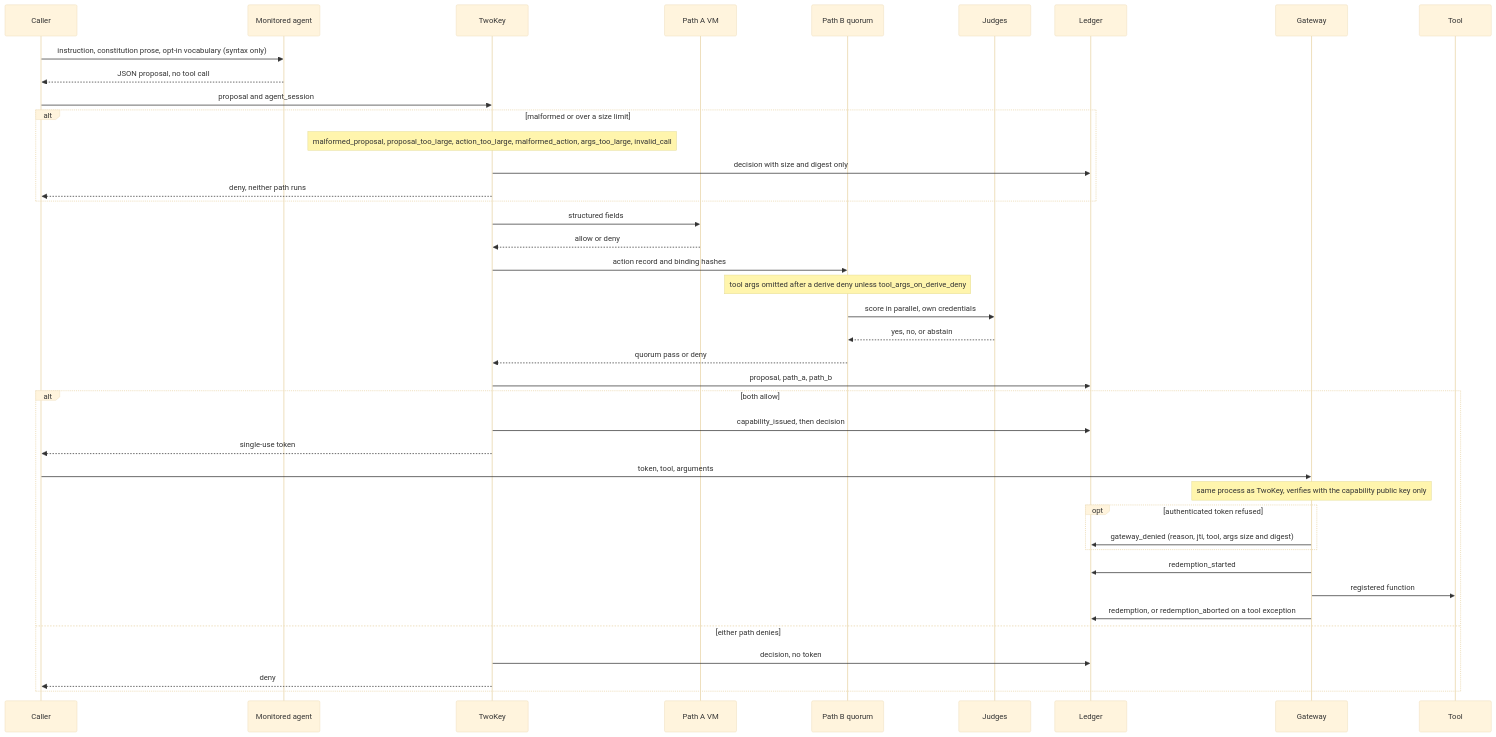
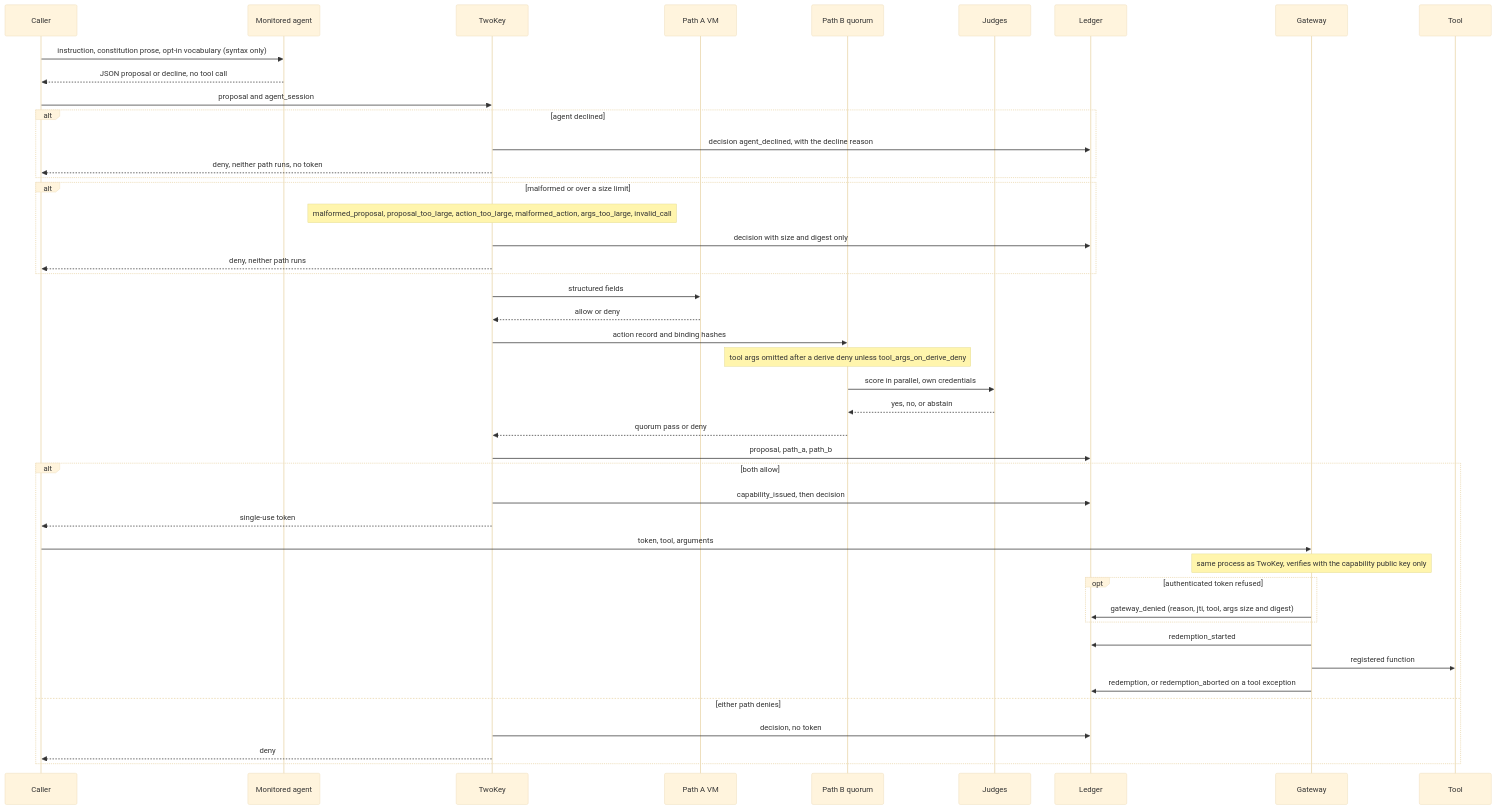
The second of 3 diagrams in README.md (Insomniac-VibeLabs/two-key), drawn with Mermaid (base theme) before and after one commit. The commit also changed other lines of this file and 9 other files, not shown here.

First line of the commit message:
Agent declines: {"decline": reason} is a ledgered deny, never a call

````diff
--- a/README.md
+++ b/README.md
@@ -229,44 +230,48 @@
 ```mermaid
 sequenceDiagram
   participant Caller
   participant Agent as Monitored agent
   participant TwoKey
   participant PathA as Path A VM
   participant PathB as Path B quorum
   participant Judge as Judges
   participant Ledger
   participant Gateway
   participant Tool
 
   Caller->>Agent: instruction, constitution prose, opt-in vocabulary (syntax only)
-  Agent-->>Caller: JSON proposal, no tool call
+  Agent-->>Caller: JSON proposal or decline, no tool call
   Caller->>TwoKey: proposal and agent_session
+  alt agent declined
+    TwoKey->>Ledger: decision agent_declined, with the decline reason
+    TwoKey-->>Caller: deny, neither path runs, no token
+  end
   alt malformed or over a size limit
     Note over TwoKey: malformed_proposal, proposal_too_large, action_too_large, malformed_action, args_too_large, invalid_call
     TwoKey->>Ledger: decision with size and digest only
     TwoKey-->>Caller: deny, neither path runs
   end
   TwoKey->>PathA: structured fields
   PathA-->>TwoKey: allow or deny
   TwoKey->>PathB: action record and binding hashes
   Note over PathB: tool args omitted after a derive deny unless tool_args_on_derive_deny
   PathB->>Judge: score in parallel, own credentials
   Judge-->>PathB: yes, no, or abstain
   PathB-->>TwoKey: quorum pass or deny
   TwoKey->>Ledger: proposal, path_a, path_b
   alt both allow
     TwoKey->>Ledger: capability_issued, then decision
     TwoKey-->>Caller: single-use token
     Caller->>Gateway: token, tool, arguments
     Note over Gateway: same process as TwoKey, verifies with the capability public key only
     opt authenticated token refused
       Gateway->>Ledger: gateway_denied (reason, jti, tool, args size and digest)
     end
     Gateway->>Ledger: redemption_started
     Gateway->>Tool: registered function
     Gateway->>Ledger: redemption, or redemption_aborted on a tool exception
   else either path denies
     TwoKey->>Ledger: decision, no token
     TwoKey-->>Caller: deny
   end
 ```
````
